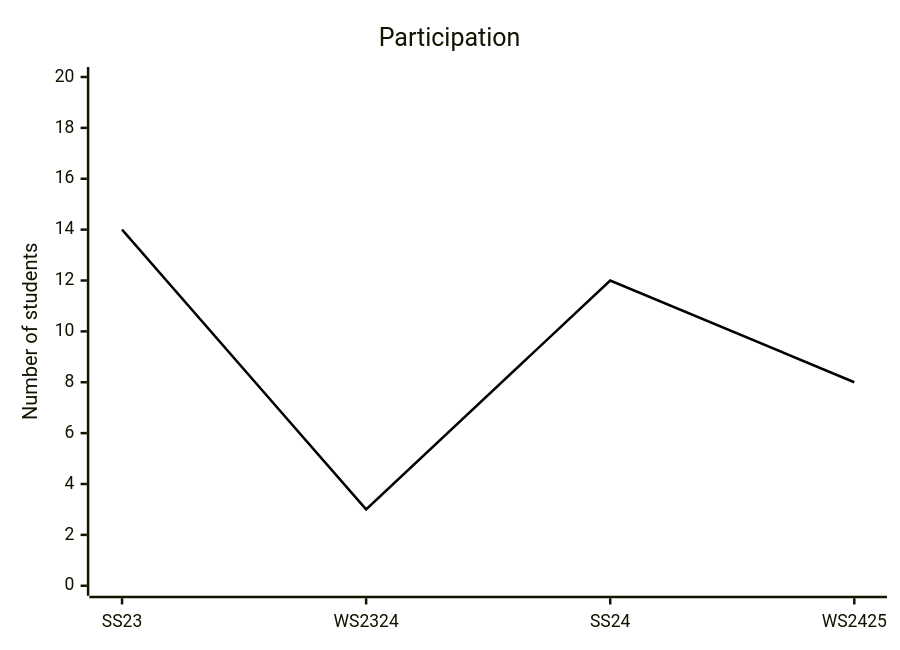
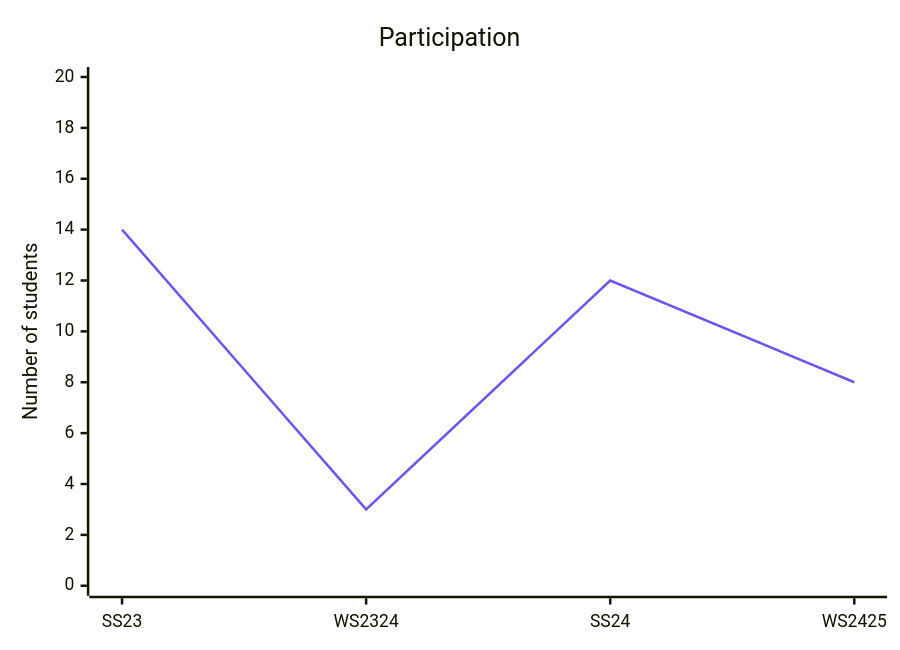
One commit to digital-work-lab/open-source-project changed the second of 2 diagrams in docs/evaluations.md. Above: the diagram before and after it, drawn with Mermaid. The commit also changed other lines of this file, not shown here.

````diff
--- a/docs/evaluations.md
+++ b/docs/evaluations.md
@@ -34,8 +34,8 @@
 ```mermaid
-%%{init: { "themeVariables": {"xyChart": {"plotColorPalette": "#000000", "plotLineWidth": 4} } }}%%
+%%{init: { "themeVariables": {"xyChart": {"plotColorPalette": "#7253ed", "plotLineWidth": 4} } }}%%
 xychart-beta
     title "Participation"
     x-axis [SS23, WS2324, SS24, WS2425]
     y-axis "Number of students" 0 --> 20
     line [14, 3, 12, 8]
 ```
````
